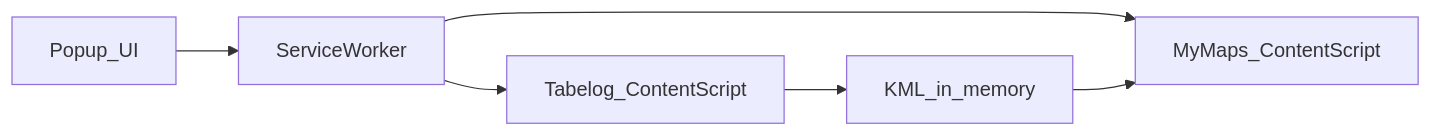
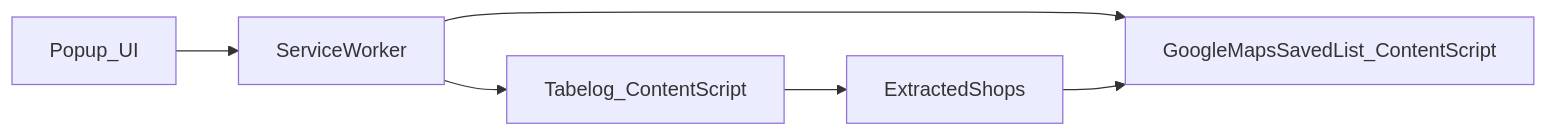
The diagram in docs/explanation/chrome-extension-decision-checklist.md (photom/import2gmap), drawn with Mermaid before and after one commit. The commit also changed other lines of this file and 21 other files, not shown here.

````diff
--- a/docs/explanation/chrome-extension-decision-checklist.md
+++ b/docs/explanation/chrome-extension-decision-checklist.md
@@ -29,8 +30,8 @@
 ```mermaid
 flowchart LR
   popup[Popup_UI] --> worker[ServiceWorker]
   worker --> tabelog[Tabelog_ContentScript]
-  tabelog --> kml[KML_in_memory]
-  worker --> mymaps[MyMaps_ContentScript]
-  kml --> mymaps
+  tabelog --> shops[ExtractedShops]
+  worker --> gmaps[GoogleMapsSavedList_ContentScript]
+  shops --> gmaps
 ```
````
